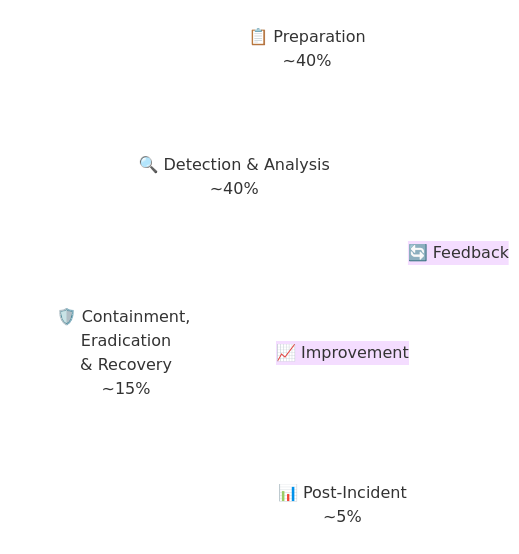
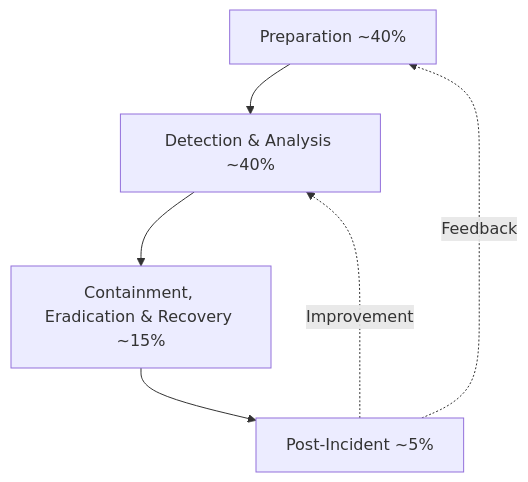
Diagram 12 of 29 in 1-Incident-Handling-Process/README.md (manojxshrestha/SOC-Analyst-Cheatsheet), drawn with Mermaid before and after one commit. The commit also changed other lines of this file, not shown here.

````diff
--- a/1-Incident-Handling-Process/README.md
+++ b/1-Incident-Handling-Process/README.md
@@ -479,13 +443,9 @@
 ```mermaid
-%%{init: {'theme': 'base', 'themeVariables': { 'lineColor': '#fff', 'nodeBorder': '#fff'}}}%%
-graph TD
-    P(📋 Preparation<br/>~40%) --> D(🔍 Detection & Analysis<br/>~40%)
-    D --> C(🛡️ Containment, Eradication<br/>& Recovery<br/>~15%)
-    C --> PI(📊 Post-Incident<br/>~5%)
+flowchart TD
+    P[Preparation ~40%] --> D[Detection & Analysis ~40%]
+    D --> C[Containment, Eradication & Recovery ~15%]
+    C --> PI[Post-Incident ~5%]
     
-    PI -.->|🔄 Feedback| P
-    PI -.->|📈 Improvement| D
-    
-    classDef nist fill:#fff,stroke:#fff,stroke-width:2px,rx:8,ry:8,color:#333;
-    class P,D,C,PI nist;
+    PI -.->|Feedback| P
+    PI -.->|Improvement| D
 ```
````
